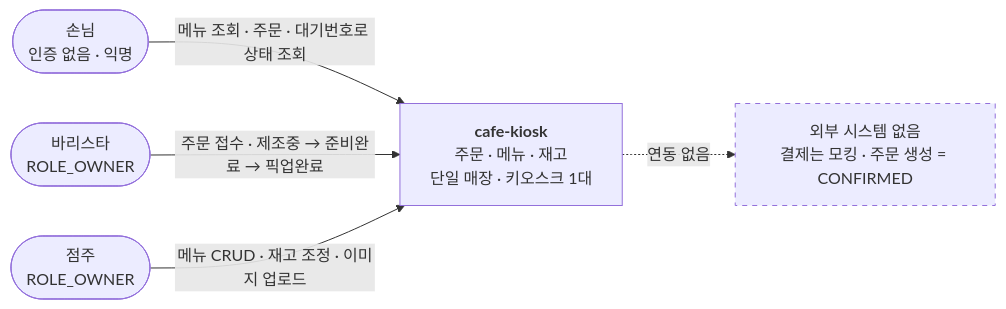
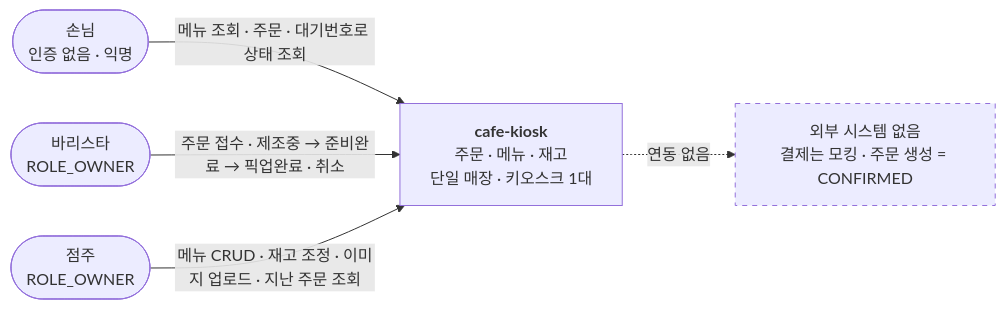
The first of 8 diagrams in docs/design/architecture.md (hhyukk/cafe-kiosk), drawn with Mermaid before and after one commit. The commit also changed other lines of this file, not shown here.

````diff
--- a/docs/design/architecture.md
+++ b/docs/design/architecture.md
@@ -32,17 +34,17 @@
 ```mermaid
 flowchart LR
     GUEST(["손님<br/>인증 없음 · 익명"])
     BARISTA(["바리스타<br/>ROLE_OWNER"])
     OWNER(["점주<br/>ROLE_OWNER"])
 
     SYS["<b>cafe-kiosk</b><br/>주문 · 메뉴 · 재고<br/>단일 매장 · 키오스크 1대"]
 
     GUEST -->|"메뉴 조회 · 주문 · 대기번호로 상태 조회"| SYS
-    BARISTA -->|"주문 접수 · 제조중 → 준비완료 → 픽업완료"| SYS
-    OWNER -->|"메뉴 CRUD · 재고 조정 · 이미지 업로드"| SYS
+    BARISTA -->|"주문 접수 · 제조중 → 준비완료 → 픽업완료 · 취소"| SYS
+    OWNER -->|"메뉴 CRUD · 재고 조정 · 이미지 업로드 · 지난 주문 조회"| SYS
 
     EXT["외부 시스템 없음<br/>결제는 모킹 · 주문 생성 = CONFIRMED"]
     SYS -.->|"연동 없음"| EXT
 
     style EXT stroke-dasharray: 5 5
 ```
````
